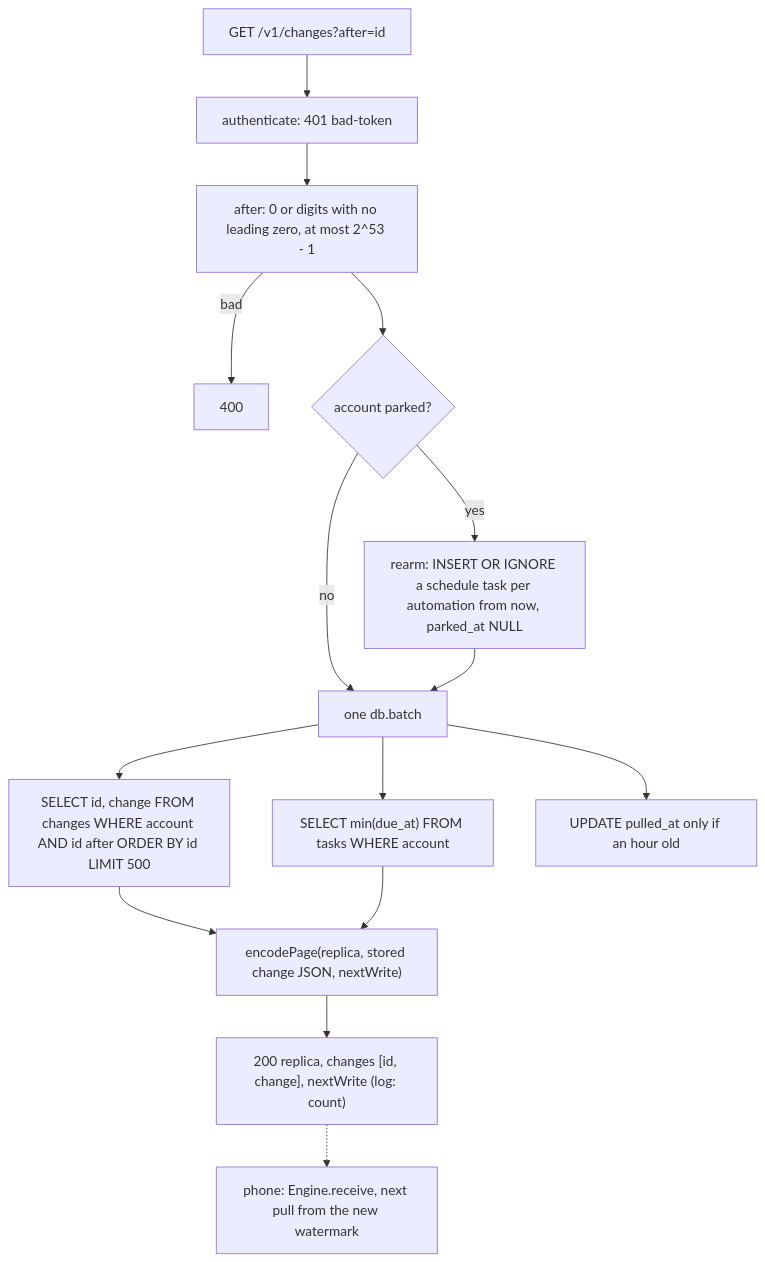
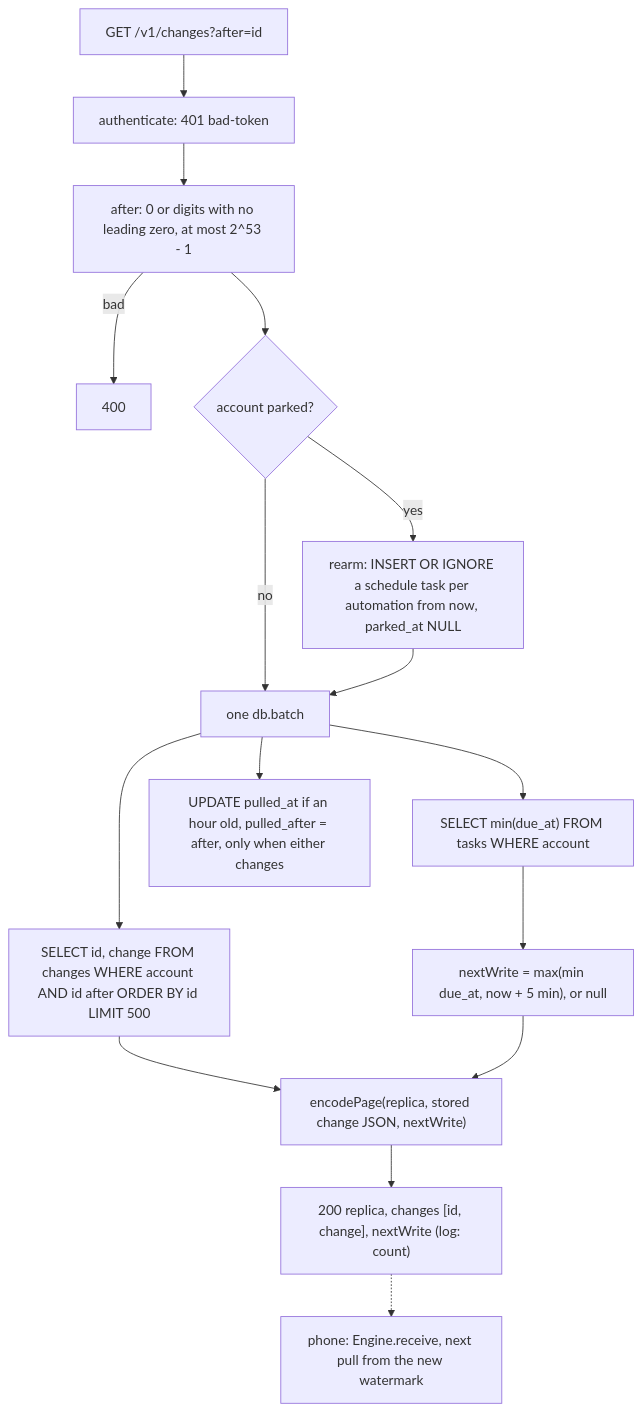
The third of 4 diagrams in docs/pr/24-phase-3-p2-worker.md (Krutik460/Widgie), drawn with Mermaid before and after one commit. The commit also changed other lines of this file and 13 other files, not shown here.

````diff
--- a/docs/pr/24-phase-3-p2-worker.md
+++ b/docs/pr/24-phase-3-p2-worker.md
@@ -141,17 +153,18 @@
 ```mermaid
 flowchart TD
   GET["GET /v1/changes?after=id"] --> AUTH["authenticate: 401 bad-token"]
   AUTH --> AFTER["after: 0 or digits with no leading zero, at most 2^53 - 1"]
   AFTER -->|"bad"| R400["400"]
   AFTER --> PARK{"account parked?"}
   PARK -->|"yes"| REARM["rearm: INSERT OR IGNORE a schedule task per automation from now, parked_at NULL"]
   PARK -->|"no"| BATCH
   REARM --> BATCH["one db.batch"]
   BATCH --> Q1["SELECT id, change FROM changes WHERE account AND id after ORDER BY id LIMIT 500"]
   BATCH --> Q2["SELECT min(due_at) FROM tasks WHERE account"]
-  BATCH --> Q3["UPDATE pulled_at only if an hour old"]
+  BATCH --> Q3["UPDATE pulled_at if an hour old, pulled_after = after, only when either changes"]
   Q1 --> ENC["encodePage(replica, stored change JSON, nextWrite)"]
-  Q2 --> ENC
+  Q2 --> NW["nextWrite = max(min due_at, now + 5 min), or null"]
+  NW --> ENC
   ENC --> RES["200 replica, changes [id, change], nextWrite (log: count)"]
   RES -.-> PHONE["phone: Engine.receive, next pull from the new watermark"]
 ```
````
